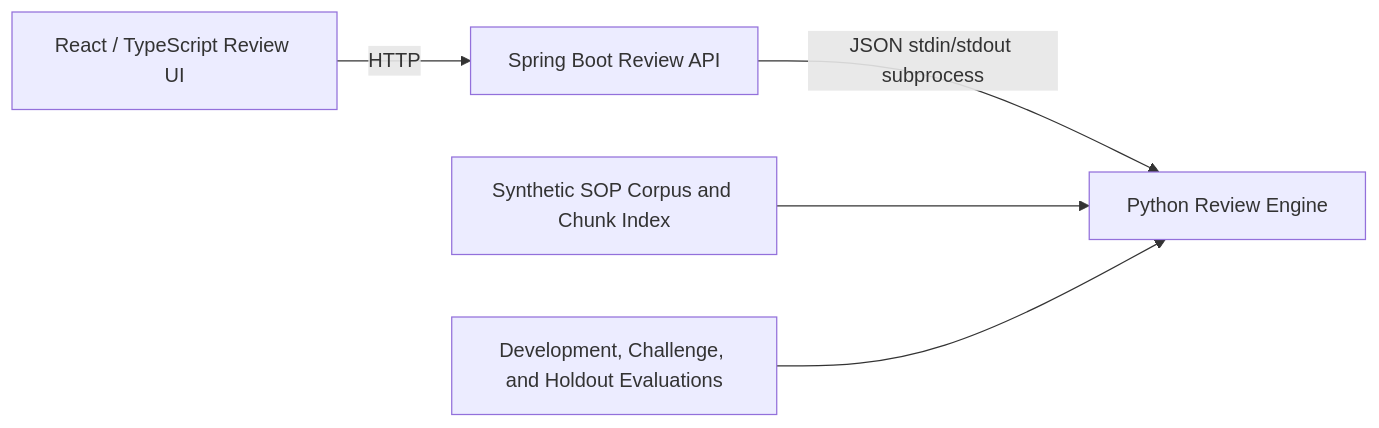
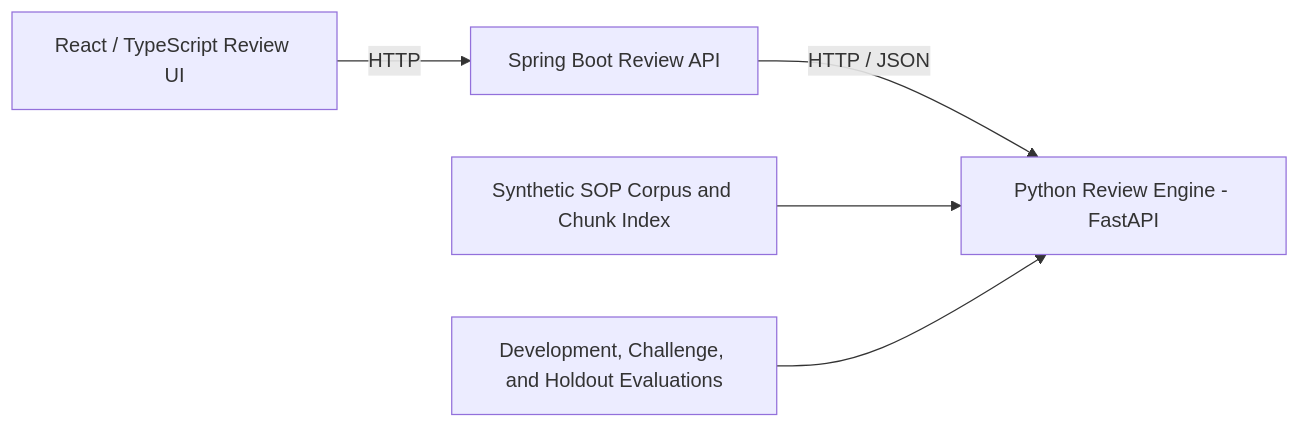
One commit to markwuenschel-dev/Compounding-Quality-RAG changed the first of 2 diagrams in README.md. Above: the diagram before and after it, drawn with Mermaid. The commit also changed other lines of this file and 5 other files, not shown here.

First line of the commit message:
docs: document HTTP/containerized architecture and salvage retrieval baselines

````diff
--- a/README.md
+++ b/README.md
@@ -57,13 +57,13 @@
 ```mermaid
 flowchart LR
     UI[React / TypeScript Review UI]
     API[Spring Boot Review API]
-    PY[Python Review Engine]
+    PY[Python Review Engine - FastAPI]
     IDX[Synthetic SOP Corpus and Chunk Index]
     EVAL[Development, Challenge, and Holdout Evaluations]
 
     UI -->|HTTP| API
-    API -->|JSON stdin/stdout subprocess| PY
+    API -->|HTTP / JSON| PY
     IDX --> PY
     EVAL --> PY
 ```
````
